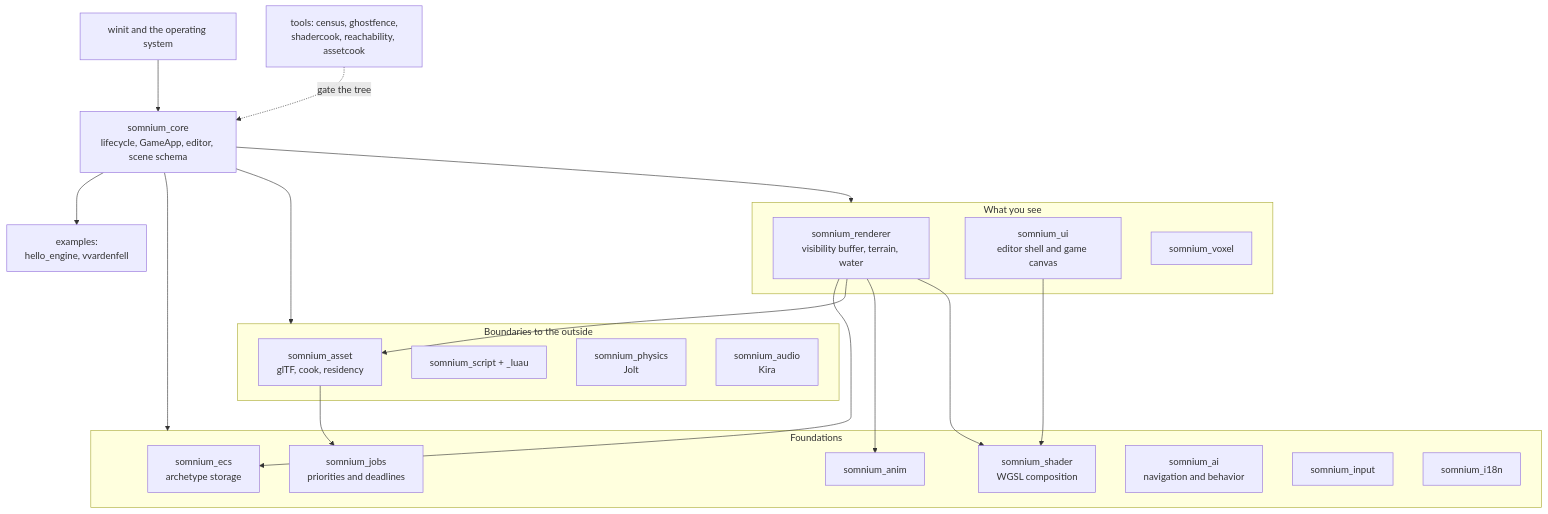
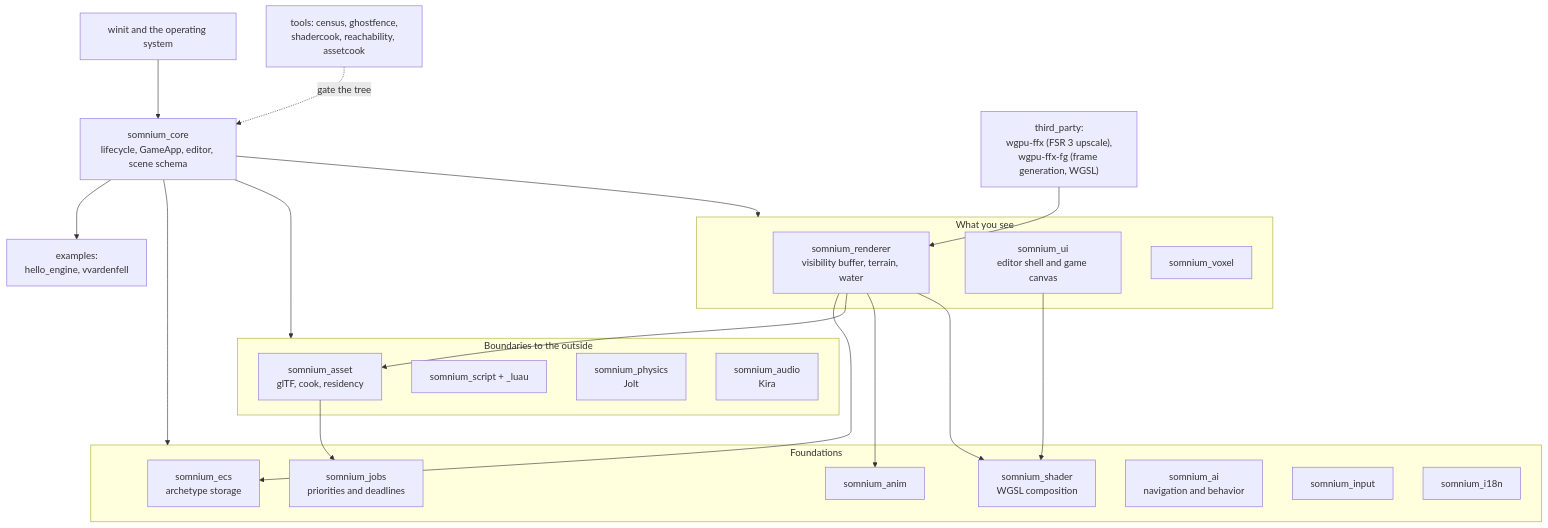
Before and after one commit to ReanSchwarzer1/SomniumEngine: the first of 3 diagrams in README.md, drawn with Mermaid. The commit also changed other lines of this file and 1 other file, not shown here.

````diff
--- a/README.md
+++ b/README.md
@@ -64,40 +72,41 @@
 ```mermaid
 flowchart TB
     OS["winit and the operating system"] --> CORE["somnium_core<br/>lifecycle, GameApp, editor, scene schema"]
 
     subgraph Foundation["Foundations"]
         ECS["somnium_ecs<br/>archetype storage"]
         JOBS["somnium_jobs<br/>priorities and deadlines"]
         SHADER["somnium_shader<br/>WGSL composition"]
         ANIM["somnium_anim"]
         AI["somnium_ai<br/>navigation and behavior"]
         INPUT["somnium_input"]
         I18N["somnium_i18n"]
     end
 
     subgraph Boundaries["Boundaries to the outside"]
         ASSET["somnium_asset<br/>glTF, cook, residency"]
         SCRIPT["somnium_script + _luau"]
         PHYS["somnium_physics<br/>Jolt"]
         AUDIO["somnium_audio<br/>Kira"]
     end
 
     subgraph Present["What you see"]
         RENDER["somnium_renderer<br/>visibility buffer, terrain, water"]
         UI["somnium_ui<br/>editor shell and game canvas"]
         VOXEL["somnium_voxel"]
     end
 
     CORE --> Foundation
     CORE --> Boundaries
     CORE --> Present
     RENDER --> ECS
     RENDER --> ASSET
     RENDER --> ANIM
     RENDER --> SHADER
     UI --> SHADER
     ASSET --> JOBS
 
+    FFX["third_party:<br/>wgpu-ffx (FSR 3 upscale),<br/>wgpu-ffx-fg (frame generation, WGSL)"] --> RENDER
     CORE --> GAMES["examples:<br/>hello_engine, vvardenfell"]
     TOOLS["tools: census, ghostfence,<br/>shadercook, reachability, assetcook"] -.->|"gate the tree"| CORE
 ```
````
